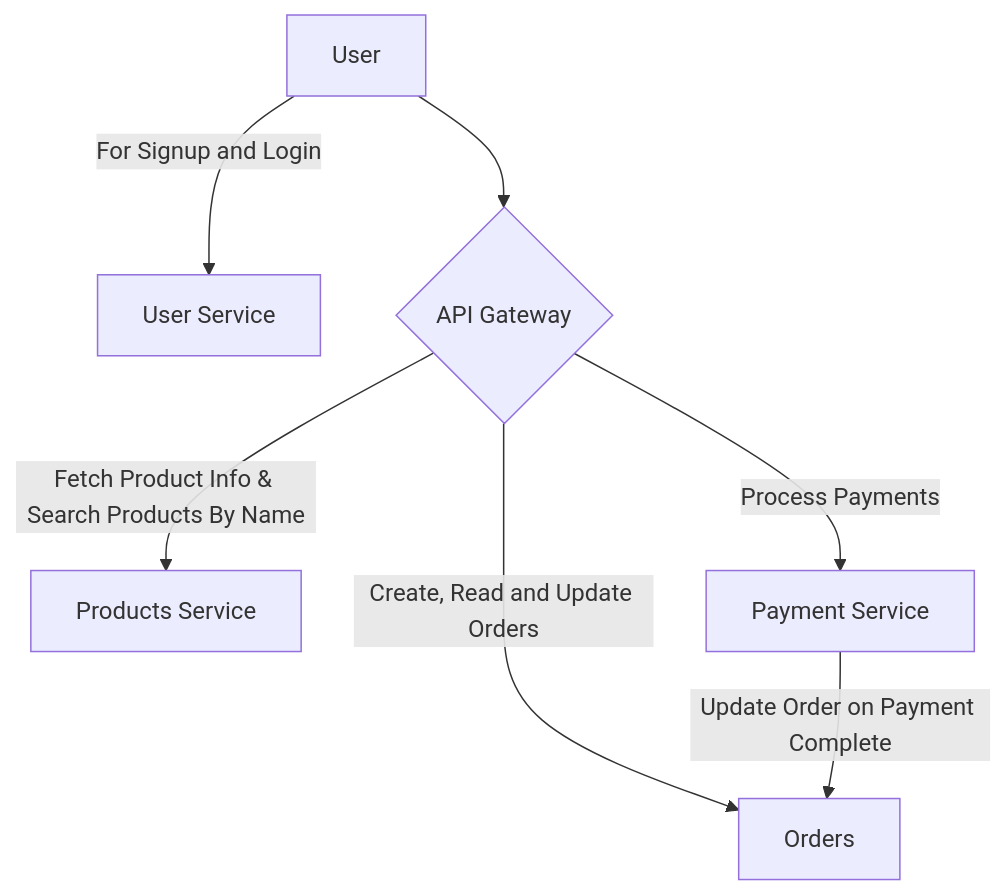
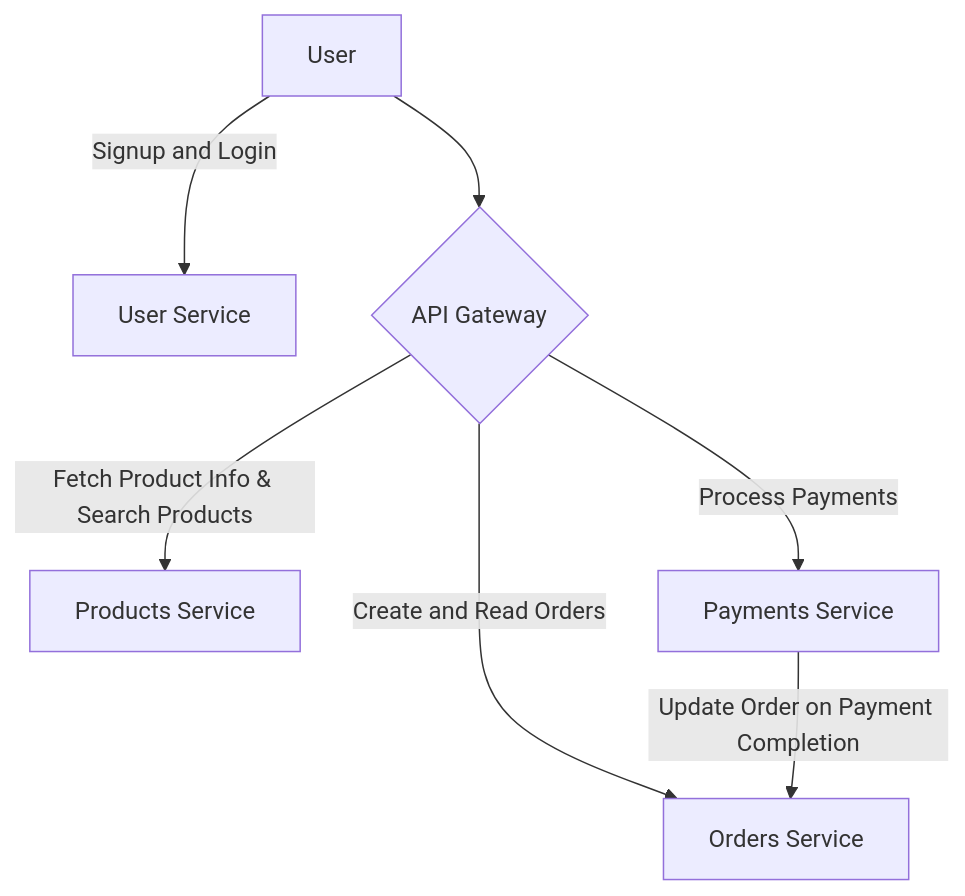
The diagram in README.md (one2nc/telepresence-tilt-workshop), drawn with Mermaid before and after one commit. The commit also changed other lines of this file, not shown here.

````diff
--- a/README.md
+++ b/README.md
@@ -5,9 +6,9 @@
 ```mermaid
-  graph TD;
-     A[User] -->|For Signup and Login| B[User Service]
-     A --> C{API Gateway}
-     C -->|Fetch Product Info & Search Products By Name| P[Products Service]
-     C -->|Create, Read and Update Orders| O[Orders]
-     C -->|Process Payments| PS[Payment Service]
-     PS -->|Update Order on Payment Complete| O
+graph TD;
+   A[User] -->|Signup and Login| B[User Service]
+   A --> C{API Gateway}
+   C -->|Fetch Product Info & Search Products| P[Products Service]
+   C -->|Create and Read Orders| O[Orders Service]
+   C -->|Process Payments| PS[Payments Service]
+   PS -->|Update Order on Payment Completion| O
 ```
````
